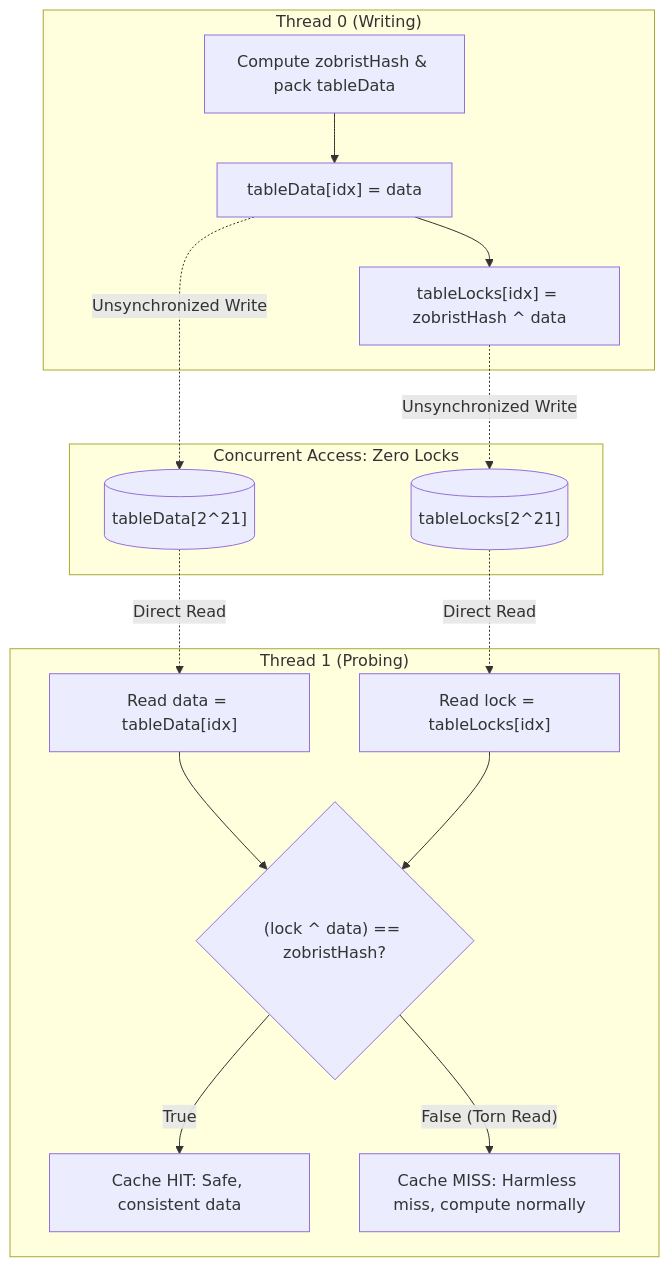
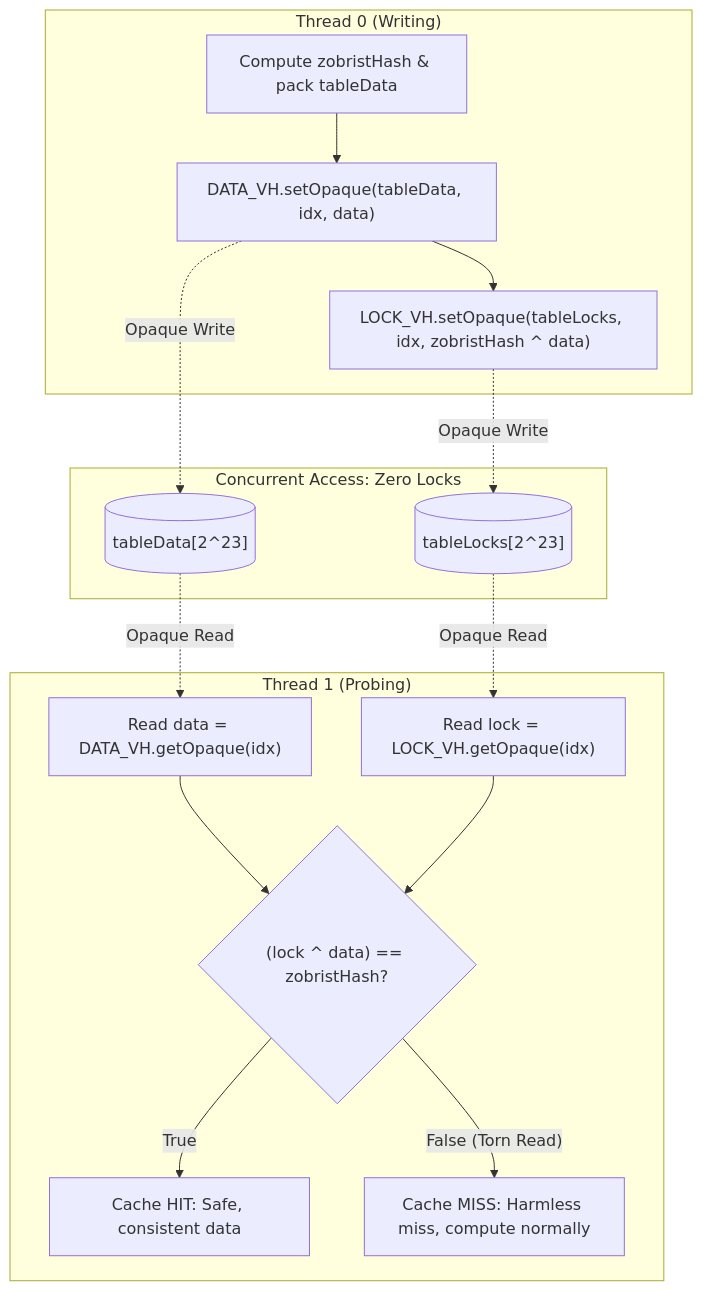
The diagram in docs/wiki/05-Concurrency-and-Lazy-SMP.md (MercuryDCD/Tablut-FundamentalsAIMASTER), drawn with Mermaid before and after one commit. The commit also changed other lines of this file and 28 other files, not shown here.

````diff
--- a/docs/wiki/05-Concurrency-and-Lazy-SMP.md
+++ b/docs/wiki/05-Concurrency-and-Lazy-SMP.md
@@ -102,23 +104,23 @@
 ```mermaid
 flowchart TD
     subgraph "Thread 0 (Writing)"
-        W1["Compute zobristHash & pack tableData"] --> W2["tableData[idx] = data"]
-        W2 --> W3["tableLocks[idx] = zobristHash ^ data"]
+        W1["Compute zobristHash & pack tableData"] --> W2["DATA_VH.setOpaque(tableData, idx, data)"]
+        W2 --> W3["LOCK_VH.setOpaque(tableLocks, idx, zobristHash ^ data)"]
     end
 
     subgraph "Concurrent Access: Zero Locks"
-        W2 -. "Unsynchronized Write" .-> TableData[("tableData[2^21]")]
-        W3 -. "Unsynchronized Write" .-> TableLocks[("tableLocks[2^21]")]
+        W2 -. "Opaque Write" .-> TableData[("tableData[2^23]")]
+        W3 -. "Opaque Write" .-> TableLocks[("tableLocks[2^23]")]
     end
 
     subgraph "Thread 1 (Probing)"
-        P1["Read data = tableData[idx]"]
-        P2["Read lock = tableLocks[idx]"]
-        TableData -. "Direct Read" .-> P1
-        TableLocks -. "Direct Read" .-> P2
+        P1["Read data = DATA_VH.getOpaque(idx)"]
+        P2["Read lock = LOCK_VH.getOpaque(idx)"]
+        TableData -. "Opaque Read" .-> P1
+        TableLocks -. "Opaque Read" .-> P2
         P1 --> Check{"(lock ^ data) == zobristHash?"}
         P2 --> Check
         Check -- "True" --> Valid["Cache HIT: Safe, consistent data"]
         Check -- "False (Torn Read)" --> Miss["Cache MISS: Harmless miss, compute normally"]
     end
 ```
````
